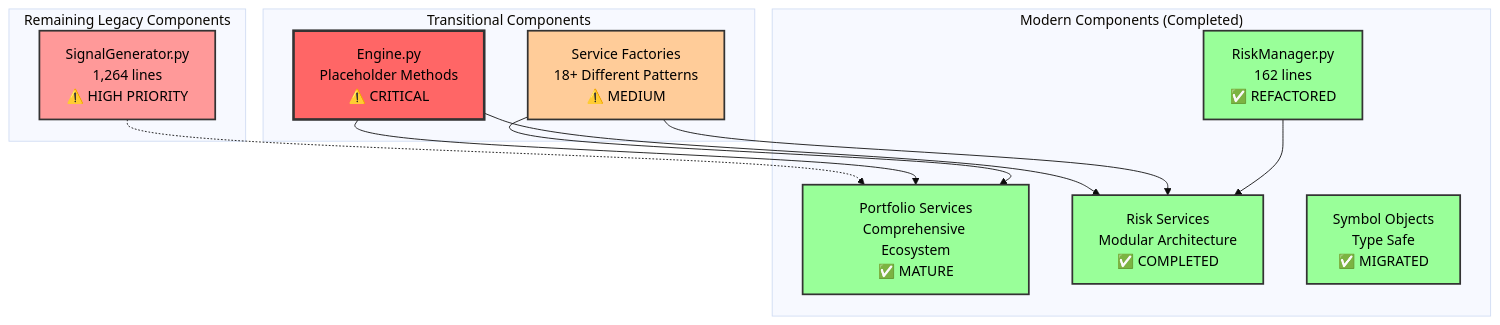
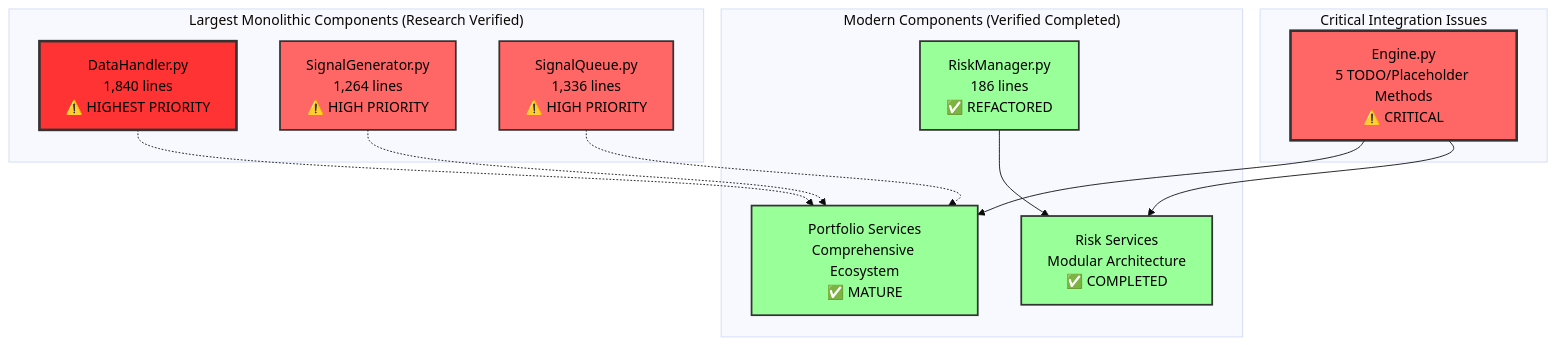
Before and after one commit to plataplomo/hummingbot: the third of 7 diagrams in workflow/business_logic_refactor/02_second_look.md, drawn with Mermaid (base theme). The commit also changed other lines of this file and 214 other files, not shown here.

````diff
--- a/workflow/business_logic_refactor/02_second_look.md
+++ b/workflow/business_logic_refactor/02_second_look.md
@@ -102,33 +104,33 @@
 ```mermaid
 graph TD
-    subgraph "Remaining Legacy Components"
+    subgraph "Largest Monolithic Components (Research Verified)"
+        A[DataHandler.py<br/>1,840 lines<br/>⚠️ HIGHEST PRIORITY]
         B[SignalGenerator.py<br/>1,264 lines<br/>⚠️ HIGH PRIORITY]
+        C[SignalQueue.py<br/>1,336 lines<br/>⚠️ HIGH PRIORITY]
     end
     
-    subgraph "Transitional Components"
-        D[Engine.py<br/>Placeholder Methods<br/>⚠️ CRITICAL]
-        E[Service Factories<br/>18+ Different Patterns<br/>⚠️ MEDIUM]
+    subgraph "Critical Integration Issues"
+        D[Engine.py<br/>5 TODO/Placeholder Methods<br/>⚠️ CRITICAL]
     end
     
-    subgraph "Modern Components (Completed)"
-        A[RiskManager.py<br/>162 lines<br/>✅ REFACTORED]
+    subgraph "Modern Components (Verified Completed)"
+        E[RiskManager.py<br/>186 lines<br/>✅ REFACTORED]
         F[Portfolio Services<br/>Comprehensive Ecosystem<br/>✅ MATURE]
         G[Risk Services<br/>Modular Architecture<br/>✅ COMPLETED]
-        H[Symbol Objects<br/>Type Safe<br/>✅ MIGRATED]
     end
     
+    A -.-> F
     B -.-> F
+    C -.-> F
     D --> F
     D --> G
-    E --> F
     E --> G
-    A --> G
     
-    style A fill:#99ff99,stroke:#333,stroke-width:2px,color:#000
-    style B fill:#ff9999,stroke:#333,stroke-width:2px,color:#000
+    style A fill:#ff3333,stroke:#333,stroke-width:3px,color:#000
+    style B fill:#ff6666,stroke:#333,stroke-width:2px,color:#000
+    style C fill:#ff6666,stroke:#333,stroke-width:2px,color:#000
     style D fill:#ff6666,stroke:#333,stroke-width:3px,color:#000
-    style E fill:#ffcc99,stroke:#333,stroke-width:2px,color:#000
+    style E fill:#99ff99,stroke:#333,stroke-width:2px,color:#000
     style F fill:#99ff99,stroke:#333,stroke-width:2px,color:#000
     style G fill:#99ff99,stroke:#333,stroke-width:2px,color:#000
-    style H fill:#99ff99,stroke:#333,stroke-width:2px,color:#000
 ```
````
